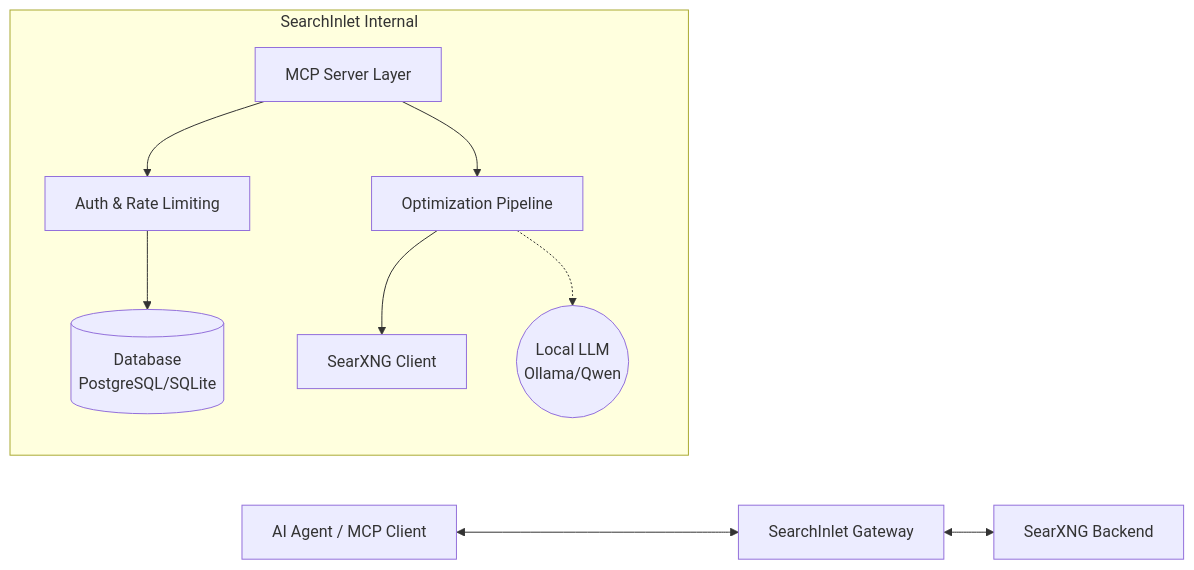
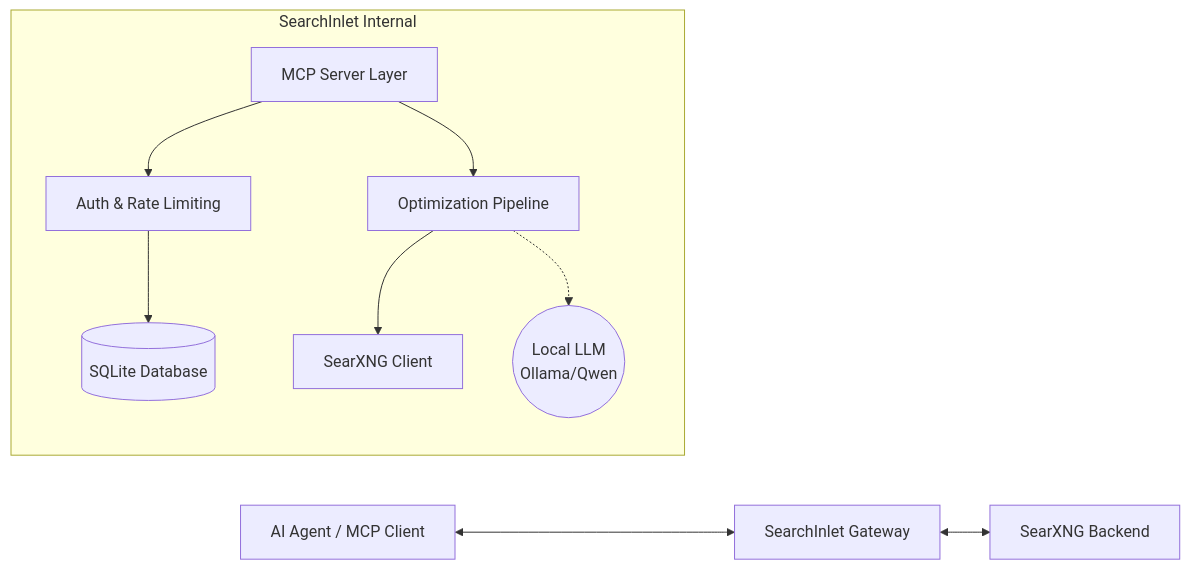
The diagram in docs/Architecture.md (webdunesurfer/SearchInlet), drawn with Mermaid before and after one commit. The commit also changed other lines of this file and 10 other files, not shown here.

Commit message:
Refactored architecture from SaaS to self-hosted utility. Removed phases 3 and 4, updated testing strategy, and deprecated SaaS ADRs.

````diff
--- a/docs/Architecture.md
+++ b/docs/Architecture.md
@@ -11,20 +11,20 @@
 ```mermaid
 graph LR
     Agent[AI Agent / MCP Client] <--> SI[SearchInlet Gateway]
     SI <--> SX[SearXNG Backend]
     
     subgraph "SearchInlet Internal"
         SI_MCP[MCP Server Layer]
         SI_Auth[Auth & Rate Limiting]
         SI_Proc[Optimization Pipeline]
         SI_Client[SearXNG Client]
-        SI_DB[(Database<br>PostgreSQL/SQLite)]
+        SI_DB[(SQLite Database)]
         SI_LLM((Local LLM<br>Ollama/Qwen))
         
         SI_MCP --> SI_Auth
         SI_Auth --> SI_DB
         SI_MCP --> SI_Proc
         SI_Proc --> SI_Client
         SI_Proc -.-> SI_LLM
     end
 ```
````
